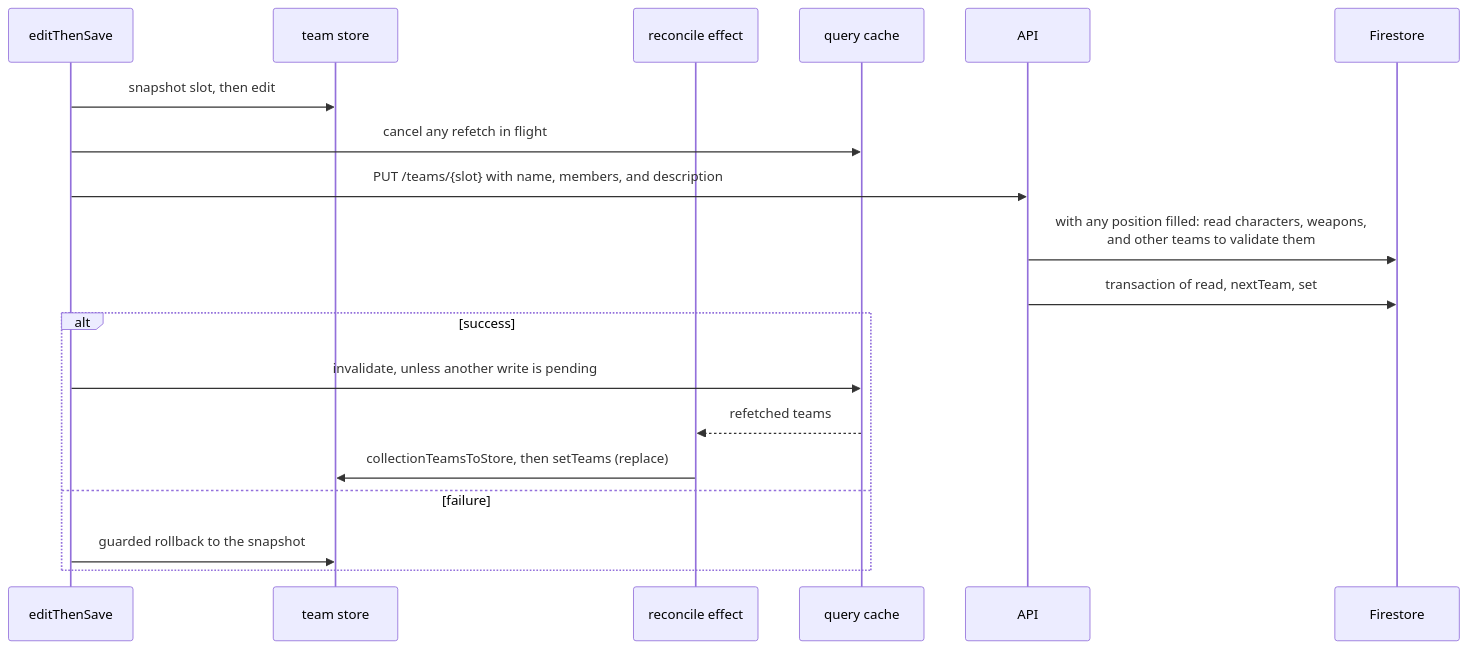
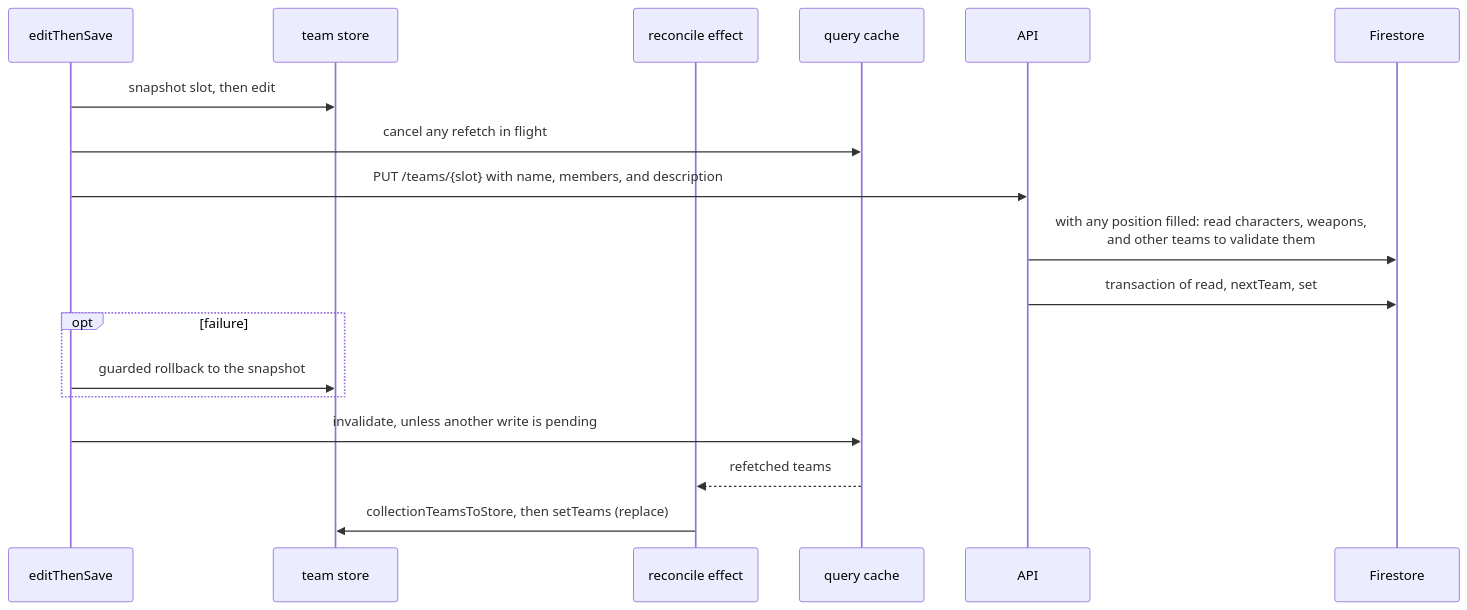
The third of 4 diagrams in docs/reference/data-flow-write-paths.md (dungeon-studio/genshin.dungeon.studio), drawn with Mermaid before and after one commit. The commit also changed other lines of this file and 10 other files, not shown here.

````diff
--- a/docs/reference/data-flow-write-paths.md
+++ b/docs/reference/data-flow-write-paths.md
@@ -139,22 +139,21 @@
 ```mermaid
 sequenceDiagram
   participant Hook as editThenSave
   participant Store as team store
   participant Reconcile as reconcile effect
   participant Cache as query cache
   participant API as API
   participant FS as Firestore
 
   Hook->>Store: snapshot slot, then edit
   Hook->>Cache: cancel any refetch in flight
   Hook->>API: PUT /teams/{slot} with name, members, and description
   API->>FS: with any position filled: read characters, weapons,<br>and other teams to validate them
   API->>FS: transaction of read, nextTeam, set
-  alt success
-    Hook->>Cache: invalidate, unless another write is pending
-    Cache-->>Reconcile: refetched teams
-    Reconcile->>Store: collectionTeamsToStore, then setTeams (replace)
-  else failure
+  opt failure
     Hook->>Store: guarded rollback to the snapshot
   end
+  Hook->>Cache: invalidate, unless another write is pending
+  Cache-->>Reconcile: refetched teams
+  Reconcile->>Store: collectionTeamsToStore, then setTeams (replace)
 ```
````
